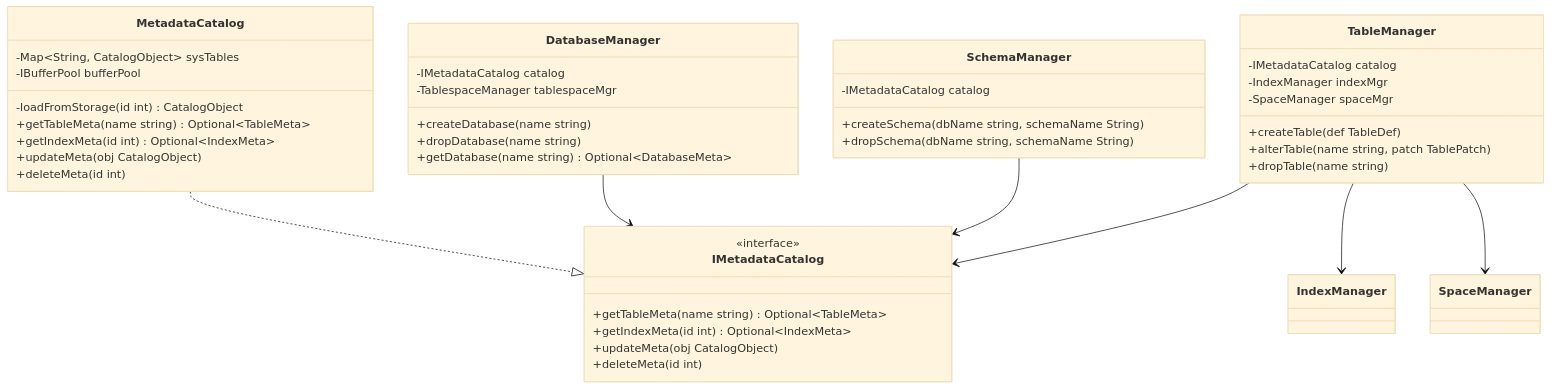
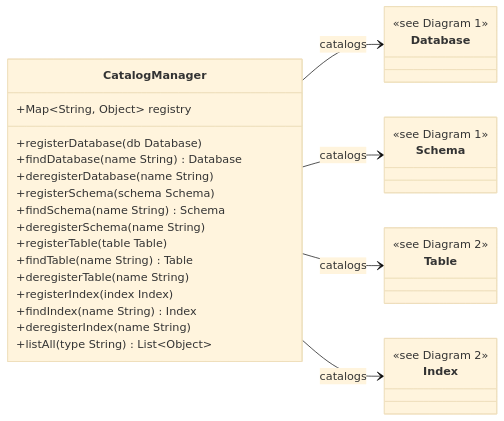
One commit to Hagiakhanh/bbv-dbms changed the seventh of 8 diagrams in README.md. Above: the diagram before and after it, drawn with Mermaid (base theme). The commit also changed other lines of this file and 1 other file, not shown here.

Commit message:
update list test case database server

````diff
--- a/README.md
+++ b/README.md
@@ -742,51 +686,42 @@
 ```mermaid
 classDiagram
+direction LR
 
-    class IMetadataCatalog {
-        <<interface>>
-        +getTableMeta(name string) Optional~TableMeta~
-        +getIndexMeta(id int) Optional~IndexMeta~
-        +updateMeta(obj CatalogObject)
-        +deleteMeta(id int)
+    class CatalogManager {
+        +Map~String, Object~ registry
+        +registerDatabase(db Database)
+        +findDatabase(name String) Database
+        +deregisterDatabase(name String)
+        +registerSchema(schema Schema)
+        +findSchema(name String) Schema
+        +deregisterSchema(name String)
+        +registerTable(table Table)
+        +findTable(name String) Table
+        +deregisterTable(name String)
+        +registerIndex(index Index)
+        +findIndex(name String) Index
+        +deregisterIndex(name String)
+        +listAll(type String) List~Object~
     }
 
-    class MetadataCatalog {
-        -Map~String, CatalogObject~ sysTables
-        -IBufferPool bufferPool
-        -loadFromStorage(id int) CatalogObject
-        +getTableMeta(name string) Optional~TableMeta~
-        +getIndexMeta(id int) Optional~IndexMeta~
-        +updateMeta(obj CatalogObject)
-        +deleteMeta(id int)
+    class Database {
+        <<see Diagram 1>>
     }
 
-    class DatabaseManager {
-        -IMetadataCatalog catalog
-        -TablespaceManager tablespaceMgr
-        +createDatabase(name string)
-        +dropDatabase(name string)
-        +getDatabase(name string) Optional~DatabaseMeta~
+    class Schema {
+        <<see Diagram 1>>
     }
 
-    class SchemaManager {
-        -IMetadataCatalog catalog
-        +createSchema(dbName string, schemaName String)
-        +dropSchema(dbName string, schemaName String)
+    class Table {
+        <<see Diagram 2>>
     }
 
-    class TableManager {
-        -IMetadataCatalog catalog
-        -IndexManager indexMgr
-        -SpaceManager spaceMgr
-        +createTable(def TableDef)
-        +alterTable(name string, patch TablePatch)
-        +dropTable(name string)
+    class Index {
+        <<see Diagram 2>>
     }
 
-    MetadataCatalog ..|> IMetadataCatalog
-    DatabaseManager --> IMetadataCatalog
-    SchemaManager --> IMetadataCatalog
-    TableManager --> IMetadataCatalog
-    TableManager --> IndexManager
-    TableManager --> SpaceManager
+    CatalogManager --> Database : catalogs
+    CatalogManager --> Schema   : catalogs
+    CatalogManager --> Table    : catalogs
+    CatalogManager --> Index    : catalogs
 ```
````
